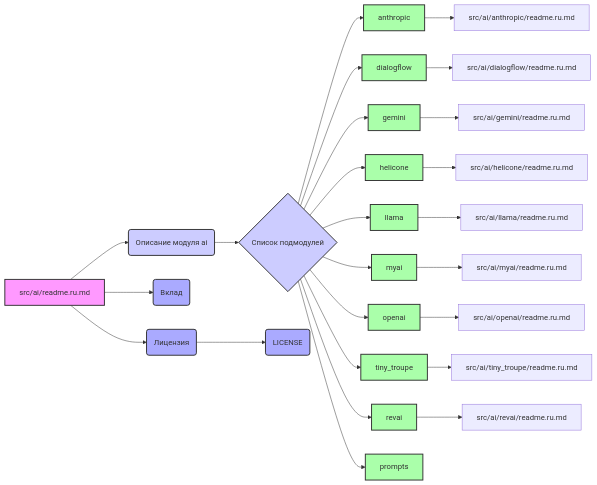
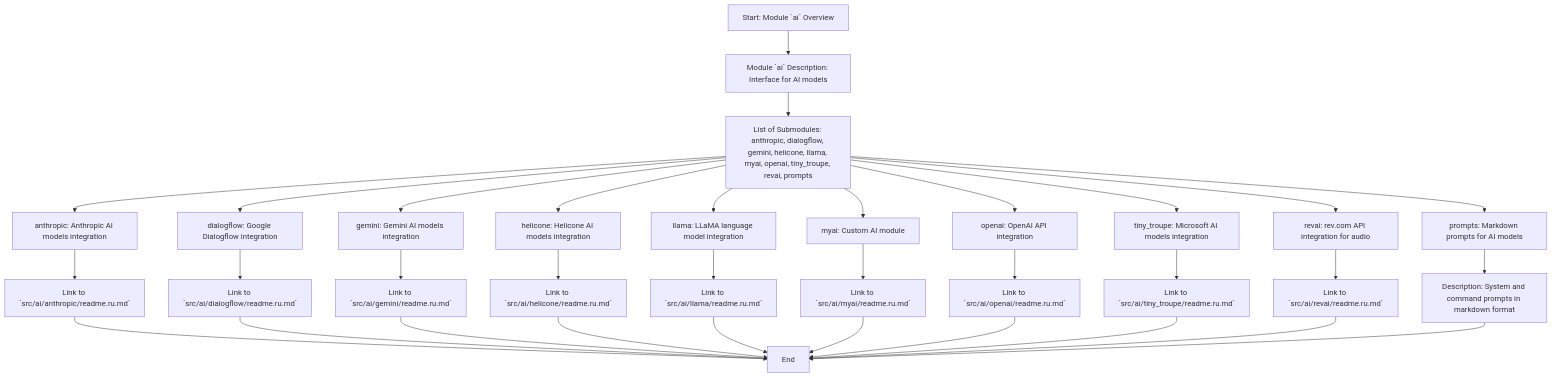
The second of 2 diagrams in docs/gemini/ru/explainer/src/ai/readme.ru.md.md (hypo69/hypo), drawn with Mermaid before and after one commit. The commit also changed other lines of this file and 3338 other files, not shown here.

````diff
--- a/docs/gemini/ru/explainer/src/ai/readme.ru.md.md
+++ b/docs/gemini/ru/explainer/src/ai/readme.ru.md.md
@@ -24,43 +63,40 @@
 ```mermaid
-graph LR
-    A[src/ai/readme.ru.md] --> B(Описание модуля ai);
-    B --> C{Список подмодулей};
-    C --> D[anthropic];
-    C --> E[dialogflow];
-    C --> F[gemini];
-    C --> G[helicone];
-    C --> H[llama];
-    C --> I[myai];
-    C --> J[openai];
-     C --> K[tiny_troupe]
-     C --> L[revai]
-     C --> M[prompts]
-    D --> D1[src/ai/anthropic/readme.ru.md];
-    E --> E1[src/ai/dialogflow/readme.ru.md];
-    F --> F1[src/ai/gemini/readme.ru.md];
-    G --> G1[src/ai/helicone/readme.ru.md];
-     H --> H1[src/ai/llama/readme.ru.md];
-    I --> I1[src/ai/myai/readme.ru.md];
-    J --> J1[src/ai/openai/readme.ru.md];
-     K --> K1[src/ai/tiny_troupe/readme.ru.md]
-     L --> L1[src/ai/revai/readme.ru.md]
-    A --> N(Вклад);
-     A --> O(Лицензия);
-     O --> P(LICENSE);
-    style A fill:#f9f,stroke:#333,stroke-width:2px
-    style B fill:#ccf,stroke:#333,stroke-width:2px
-    style C fill:#ccf,stroke:#333,stroke-width:2px
-    style D fill:#afa,stroke:#333,stroke-width:2px
-    style E fill:#afa,stroke:#333,stroke-width:2px
-    style F fill:#afa,stroke:#333,stroke-width:2px
-     style G fill:#afa,stroke:#333,stroke-width:2px
-     style H fill:#afa,stroke:#333,stroke-width:2px
-     style I fill:#afa,stroke:#333,stroke-width:2px
-    style J fill:#afa,stroke:#333,stroke-width:2px
-    style K fill:#afa,stroke:#333,stroke-width:2px
-     style L fill:#afa,stroke:#333,stroke-width:2px
-      style M fill:#afa,stroke:#333,stroke-width:2px
-    style N fill:#aaf,stroke:#333,stroke-width:2px
-    style O fill:#aaf,stroke:#333,stroke-width:2px
-     style P fill:#aaf,stroke:#333,stroke-width:2px
+flowchart TD
+    Start[Start: Module `ai` Overview]
+    
+    Start --> ModuleDescription[Module `ai` Description: Interface for AI models];
+     ModuleDescription --> SubmoduleList[List of Submodules: anthropic, dialogflow, gemini, helicone, llama, myai, openai, tiny_troupe, revai, prompts];
+    
+     SubmoduleList --> AnthropicSubmodule[anthropic: Anthropic AI models integration];
+    SubmoduleList --> DialogflowSubmodule[dialogflow: Google Dialogflow integration];
+    SubmoduleList --> GeminiSubmodule[gemini: Gemini AI models integration];
+    SubmoduleList --> HeliconeSubmodule[helicone: Helicone AI models integration];
+    SubmoduleList --> LlamaSubmodule[llama: LLaMA language model integration];
+      SubmoduleList --> MyaiSubmodule[myai: Custom AI module];
+    SubmoduleList --> OpenaiSubmodule[openai: OpenAI API integration];
+    SubmoduleList --> TinyTroupeSubmodule[tiny_troupe: Microsoft AI models integration];
+    SubmoduleList --> RevaiSubmodule[revai: rev.com API integration for audio];
+    SubmoduleList --> PromptsSubmodule[prompts: Markdown prompts for AI models];
+    
+    AnthropicSubmodule --> AnthropicLink[Link to `src/ai/anthropic/readme.ru.md`];
+    DialogflowSubmodule --> DialogflowLink[Link to `src/ai/dialogflow/readme.ru.md`];
+    GeminiSubmodule --> GeminiLink[Link to `src/ai/gemini/readme.ru.md`];
+    HeliconeSubmodule --> HeliconeLink[Link to `src/ai/helicone/readme.ru.md`];
+    LlamaSubmodule --> LlamaLink[Link to `src/ai/llama/readme.ru.md`];
+        MyaiSubmodule --> MyaiLink[Link to `src/ai/myai/readme.ru.md`];
+    OpenaiSubmodule --> OpenaiLink[Link to `src/ai/openai/readme.ru.md`];
+    TinyTroupeSubmodule --> TinyTroupeLink[Link to `src/ai/tiny_troupe/readme.ru.md`];
+    RevaiSubmodule --> RevaiLink[Link to `src/ai/revai/readme.ru.md`];
+    PromptsSubmodule --> PromptsDescription[Description: System and command prompts in markdown format];
+    
+    AnthropicLink --> End[End];
+    DialogflowLink --> End;
+    GeminiLink --> End;
+    HeliconeLink --> End;
+    LlamaLink --> End;
+     MyaiLink --> End;
+    OpenaiLink --> End;
+    TinyTroupeLink --> End;
+    RevaiLink --> End;
+    PromptsDescription --> End;
 ```
````
